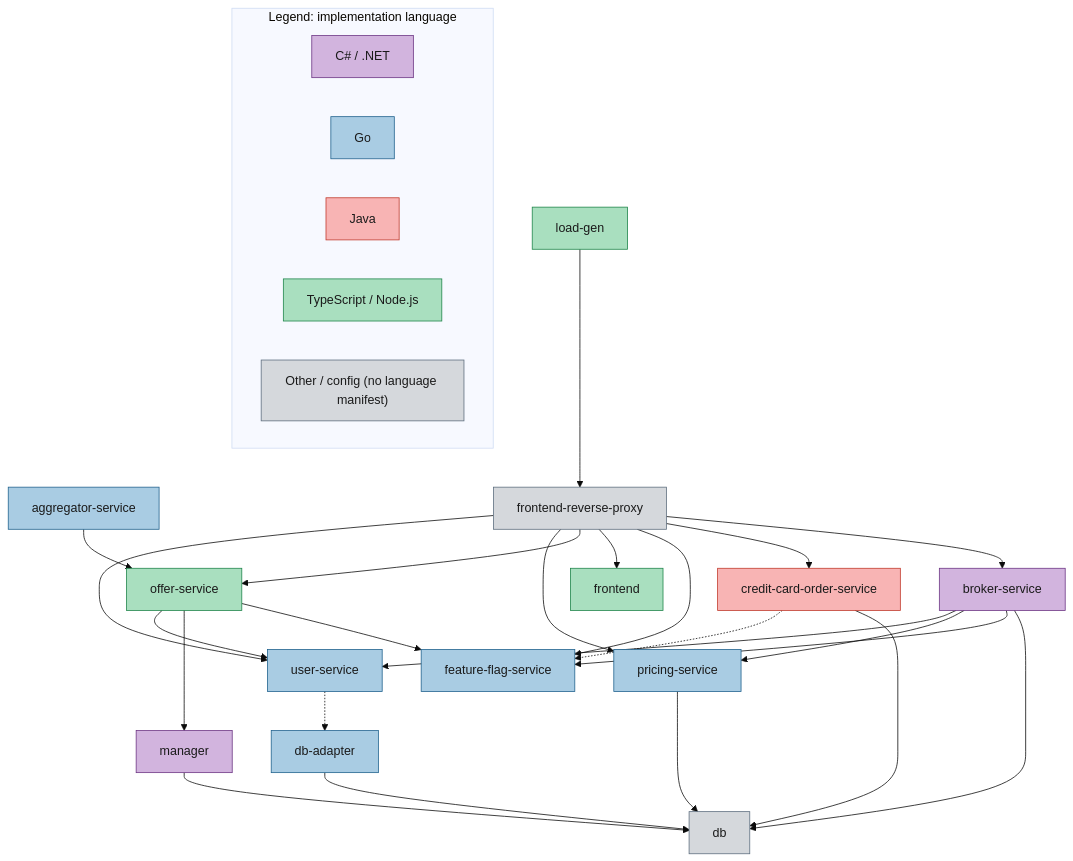
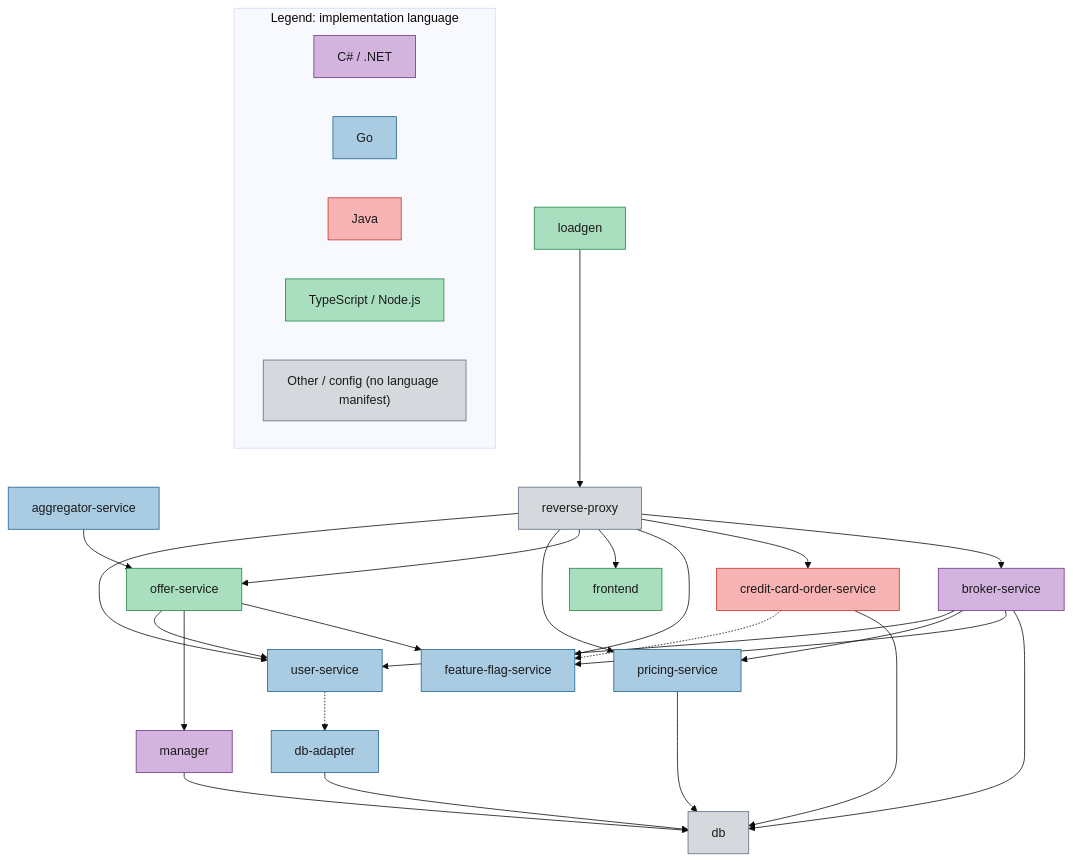
The diagram in README.md (Dynatrace/easytrade), drawn with Mermaid (base theme) before and after one commit. The commit also changed other lines of this file and 55 other files, not shown here.

Commit message:
chore: comeback to loadgen naming and change to reverse-proxy

````diff
--- a/README.md
+++ b/README.md
@@ -14,48 +14,48 @@
 ```mermaid
 flowchart TD
     aggregator-service --> offer-service
     broker-service --> db
     broker-service --> feature-flag-service
     broker-service --> pricing-service
     broker-service --> user-service
     credit-card-order-service --> db
     db-adapter --> db
-    frontend-reverse-proxy --> broker-service
-    frontend-reverse-proxy --> credit-card-order-service
-    frontend-reverse-proxy --> feature-flag-service
-    frontend-reverse-proxy --> frontend
-    frontend-reverse-proxy --> offer-service
-    frontend-reverse-proxy --> pricing-service
-    frontend-reverse-proxy --> user-service
-    load-gen --> frontend-reverse-proxy
+    reverse-proxy --> broker-service
+    reverse-proxy --> credit-card-order-service
+    reverse-proxy --> feature-flag-service
+    reverse-proxy --> frontend
+    reverse-proxy --> offer-service
+    reverse-proxy --> pricing-service
+    reverse-proxy --> user-service
+    loadgen --> reverse-proxy
     manager --> db
     offer-service --> feature-flag-service
     offer-service --> manager
     offer-service --> user-service
     pricing-service --> db
     credit-card-order-service -.-> feature-flag-service
     user-service -.-> db-adapter
 
     class broker-service,manager dotnet
     class aggregator-service,db-adapter,feature-flag-service,pricing-service,user-service go
     class problem-operator goOffCompose
     class credit-card-order-service java
-    class frontend,load-gen,offer-service node
-    class db,frontend-reverse-proxy other
+    class frontend,loadgen,offer-service node
+    class db,reverse-proxy other
 
     classDef dotnet fill:#d2b4de,stroke:#6c3483,color:#1a1a1a,stroke-width:1px
     classDef go fill:#a9cce3,stroke:#1f618d,color:#1a1a1a,stroke-width:1px
     classDef java fill:#f8b4b4,stroke:#c0392b,color:#1a1a1a,stroke-width:1px
     classDef node fill:#a9dfbf,stroke:#1e8449,color:#1a1a1a,stroke-width:1px
     classDef other fill:#d5d8dc,stroke:#5d6d7e,color:#1a1a1a,stroke-width:1px
     classDef goOffCompose fill:#a9cce3,stroke:#1f618d,color:#1a1a1a,stroke-width:1px,stroke-dasharray:5 5
 
     subgraph Legend[Legend: implementation language]
         direction LR
         legend_dotnet["C# / .NET"]:::dotnet
         legend_go["Go"]:::go
         legend_java["Java"]:::java
         legend_node["TypeScript / Node.js"]:::node
         legend_other["Other / config (no language manifest)"]:::other
     end
 ```
````
